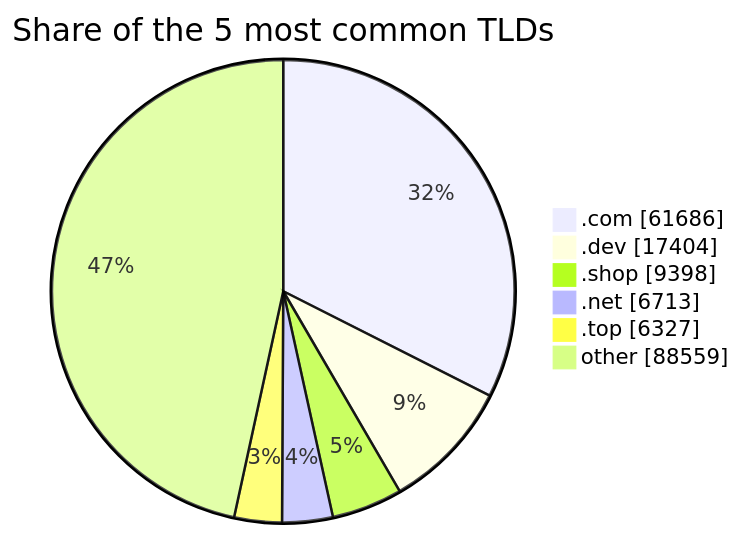
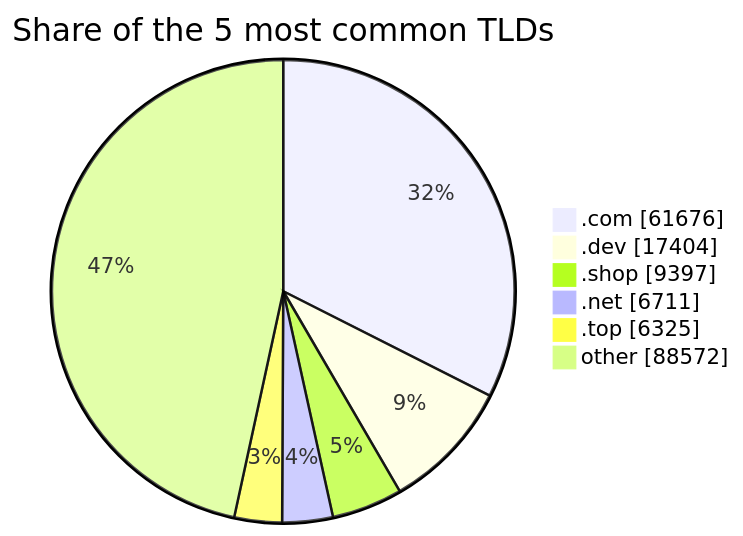
Before and after one commit to DNSBunker/CTI: the third of 3 diagrams in README.md, drawn with Mermaid. The commit also changed other lines of this file and 3 other files, not shown here.

````diff
--- a/README.md
+++ b/README.md
@@ -81,9 +81,9 @@
 ```mermaid
 pie showData title Share of the 5 most common TLDs
-    ".com" : 61686
+    ".com" : 61676
     ".dev" : 17404
-    ".shop" : 9398
-    ".net" : 6713
-    ".top" : 6327
-    "other" : 88559
+    ".shop" : 9397
+    ".net" : 6711
+    ".top" : 6325
+    "other" : 88572
 ```
````
